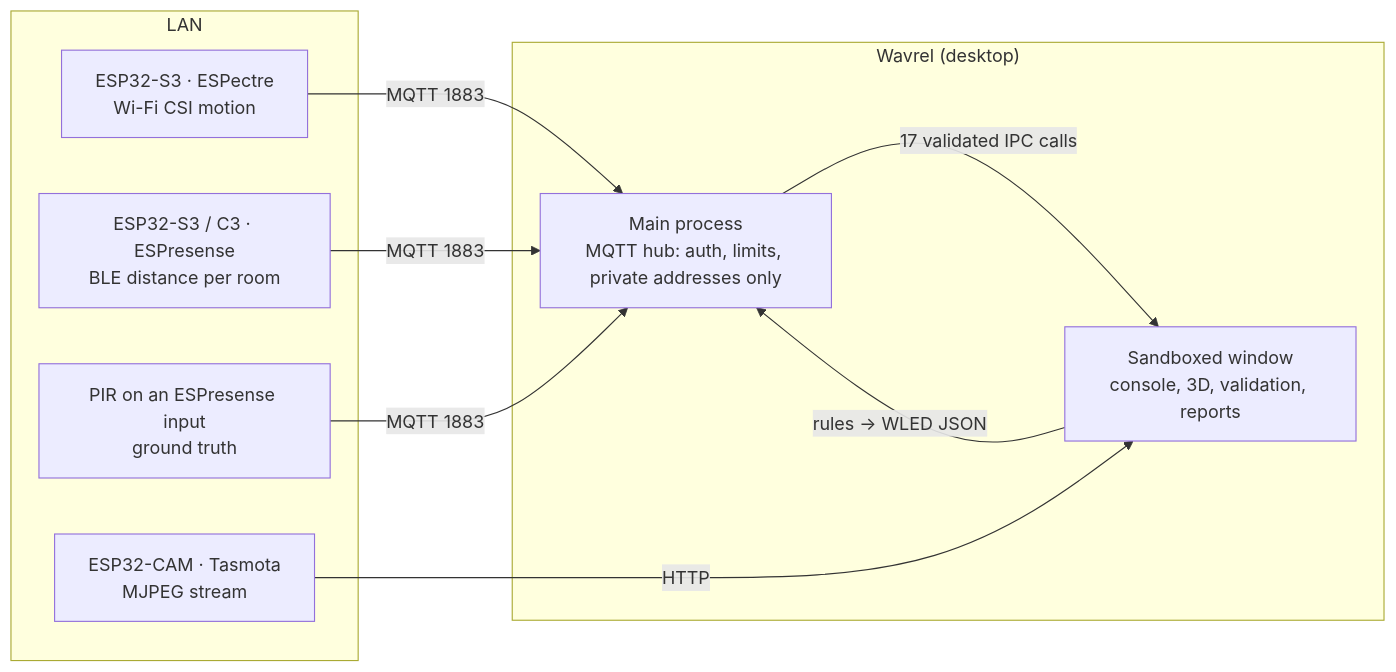
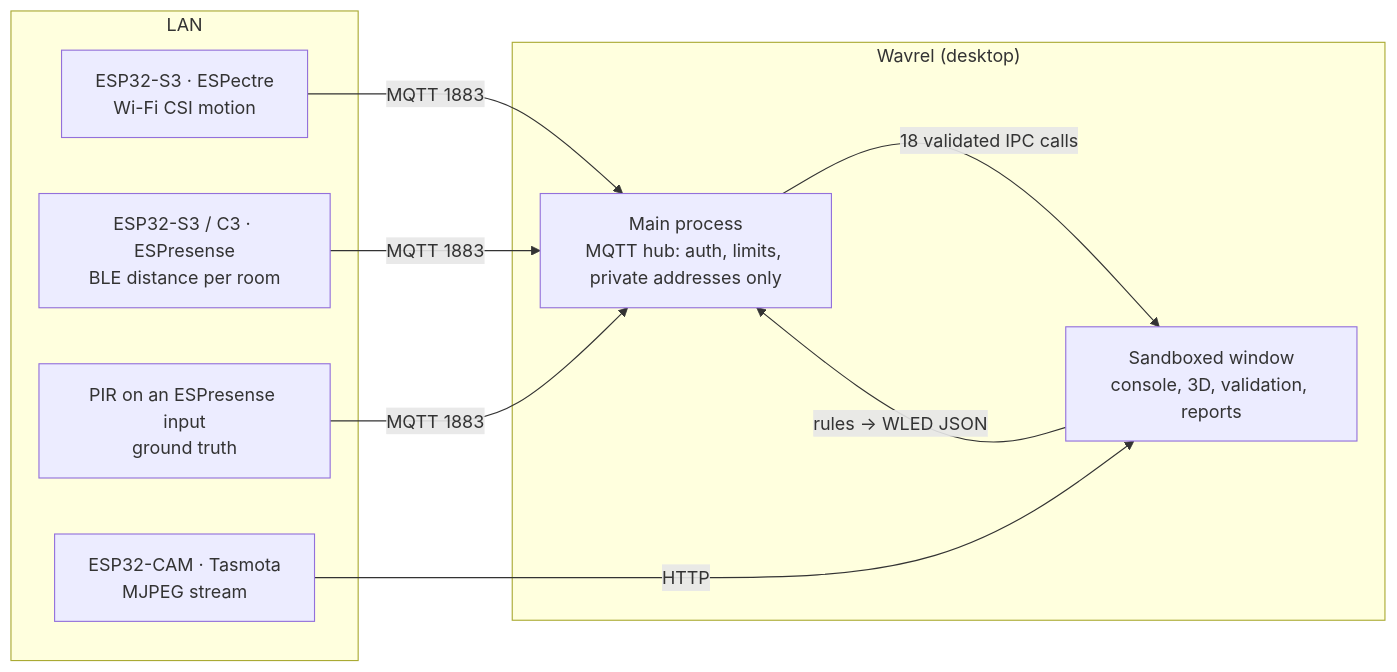
One commit to pengveloper/airfab-sentinel changed the diagram in README.md. Above: the diagram before and after it, drawn with Mermaid. The commit also changed other lines of this file and 27 other files, not shown here.

````diff
--- a/README.md
+++ b/README.md
@@ -46,19 +47,19 @@
 ```mermaid
 flowchart LR
   subgraph LAN
     A["ESP32-S3 · ESPectre<br/>Wi-Fi CSI motion"]
     C["ESP32-S3 / C3 · ESPresense<br/>BLE distance per room"]
     P["PIR on an ESPresense input<br/>ground truth"]
     E["ESP32-CAM · Tasmota<br/>MJPEG stream"]
   end
   subgraph APP["Wavrel (desktop)"]
     H["Main process<br/>MQTT hub: auth, limits, private addresses only"]
     W["Sandboxed window<br/>console, 3D, validation, reports"]
-    H -- "17 validated IPC calls" --> W
+    H -- "18 validated IPC calls" --> W
   end
   A -- MQTT 1883 --> H
   C -- MQTT 1883 --> H
   P -- MQTT 1883 --> H
   W -- "rules → WLED JSON" --> H
   E -- HTTP --> W
 ```
````
